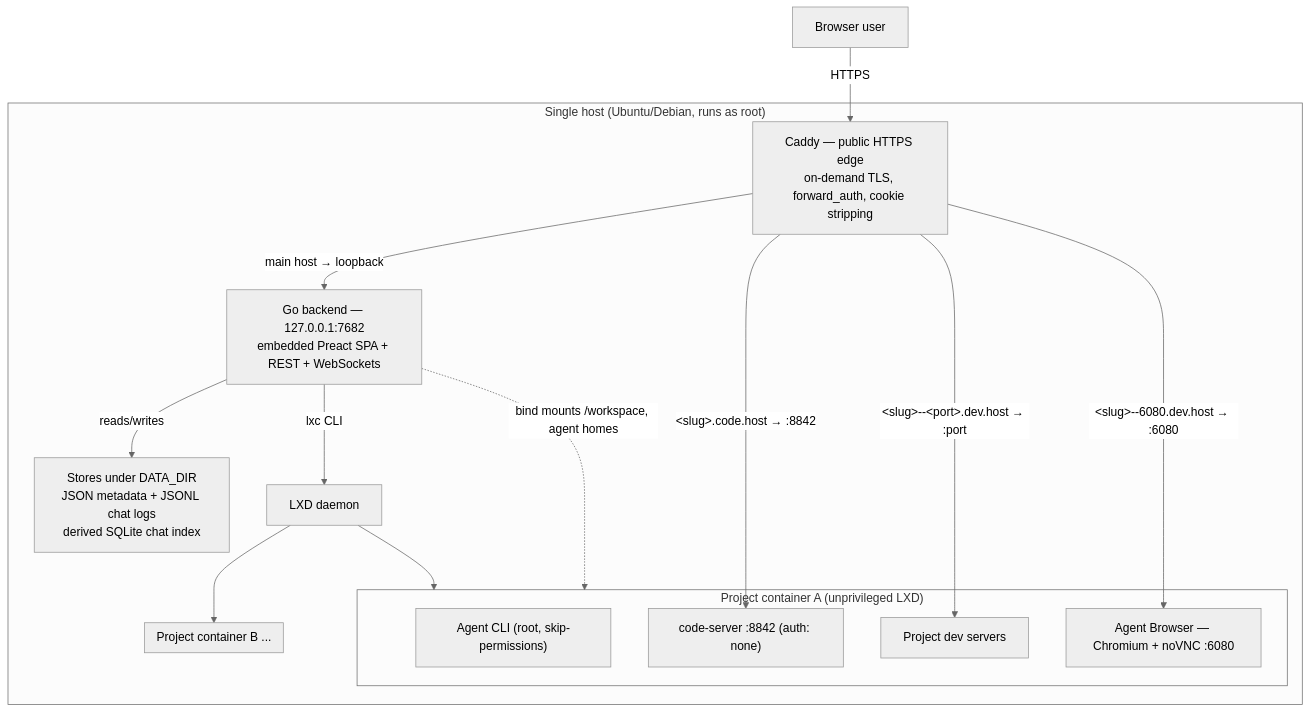
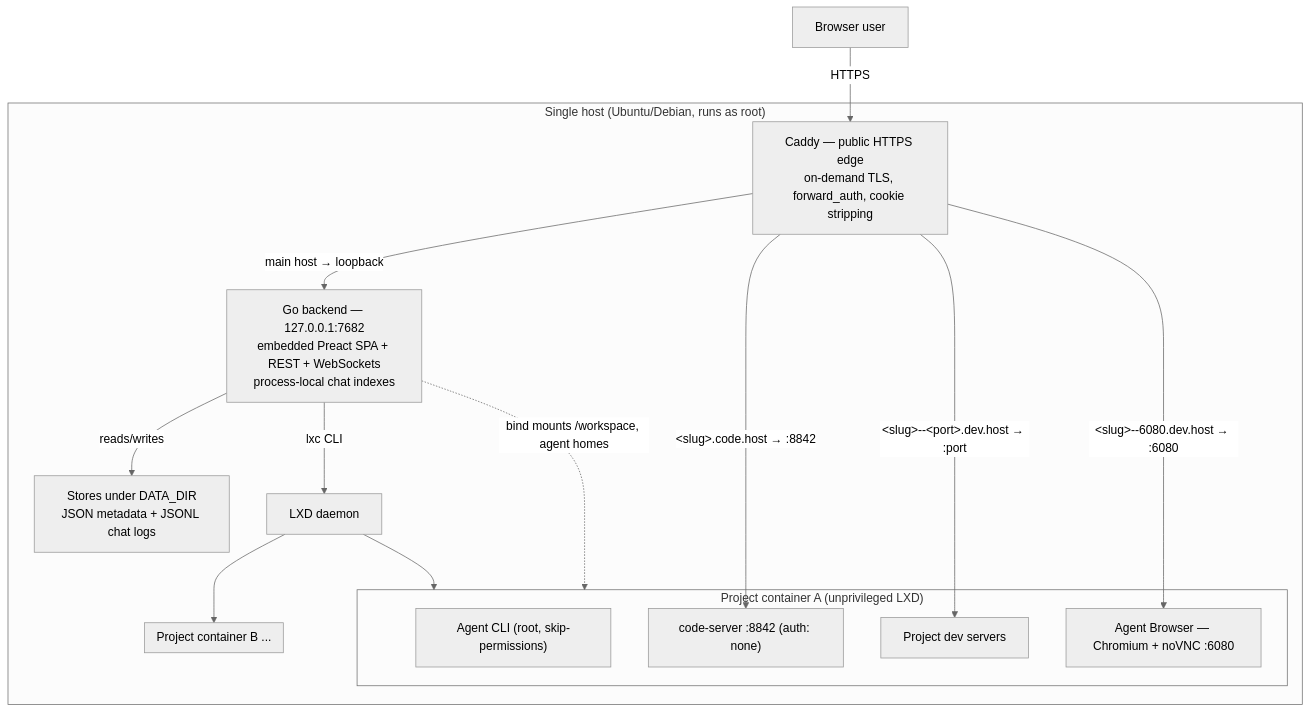
One commit to AbdallahMohamedDotnet/remote.futrx changed the first of 2 diagrams in ARCHITECTURE.md. Above: the diagram before and after it, drawn with Mermaid (neutral theme). The commit also changed other lines of this file and 10 other files, not shown here.

Commit message:
refactor(chat): replace sqlite transcript index

````diff
--- a/ARCHITECTURE.md
+++ b/ARCHITECTURE.md
@@ -18,31 +18,31 @@
 ```mermaid
 flowchart TB
     User["Browser user"]
 
     subgraph Host["Single host (Ubuntu/Debian, runs as root)"]
         Caddy["Caddy — public HTTPS edge<br/>on-demand TLS, forward_auth, cookie stripping"]
-        Go["Go backend — 127.0.0.1:7682<br/>embedded Preact SPA + REST + WebSockets"]
-        Stores["Stores under DATA_DIR<br/>JSON metadata + JSONL chat logs<br/>derived SQLite chat index"]
+        Go["Go backend — 127.0.0.1:7682<br/>embedded Preact SPA + REST + WebSockets<br/>process-local chat indexes"]
+        Stores["Stores under DATA_DIR<br/>JSON metadata + JSONL chat logs"]
         LXD["LXD daemon"]
 
         subgraph C1["Project container A (unprivileged LXD)"]
             AgentA["Agent CLI (root, skip-permissions)"]
             IDEA["code-server :8842 (auth: none)"]
             AppA["Project dev servers"]
             BrowA["Agent Browser — Chromium + noVNC :6080"]
         end
         subgraph C2["Project container B ..."]
         end
     end
 
     User -->|HTTPS| Caddy
     Caddy -->|"main host → loopback"| Go
     Caddy -->|"&lt;slug&gt;.code.host → :8842"| IDEA
     Caddy -->|"&lt;slug&gt;--&lt;port&gt;.dev.host → :port"| AppA
     Caddy -->|"&lt;slug&gt;--6080.dev.host → :6080"| BrowA
     Go -->|reads/writes| Stores
     Go -->|lxc CLI| LXD
     LXD --> C1
     LXD --> C2
     Go -.->|"bind mounts /workspace, agent homes"| C1
 ```
````
